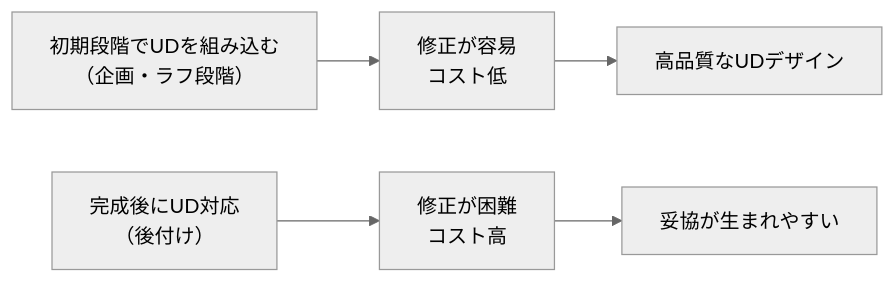
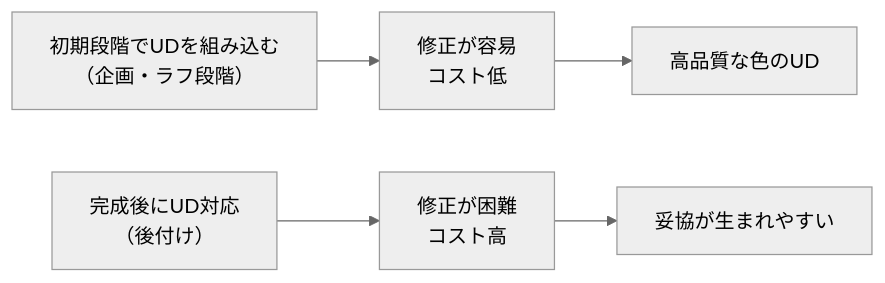
Before and after one commit to ozaki25/color-coordination-training-ozaki25: the diagram in docs/lessons/lesson26/index.md, drawn with Mermaid (neutral theme). The commit also changed 11 other files, not shown here.

````diff
--- a/docs/lessons/lesson26/index.md
+++ b/docs/lessons/lesson26/index.md
@@ -127,7 +127,7 @@
 ```mermaid
 graph LR
     A["初期段階でUDを組み込む\n（企画・ラフ段階）"] --> B["修正が容易\nコスト低"]
     C["完成後にUD対応\n（後付け）"] --> D["修正が困難\nコスト高"]
-    B --> E["高品質なUDデザイン"]
+    B --> E["高品質な色のUD"]
     D --> F["妥協が生まれやすい"]
 ```
````
